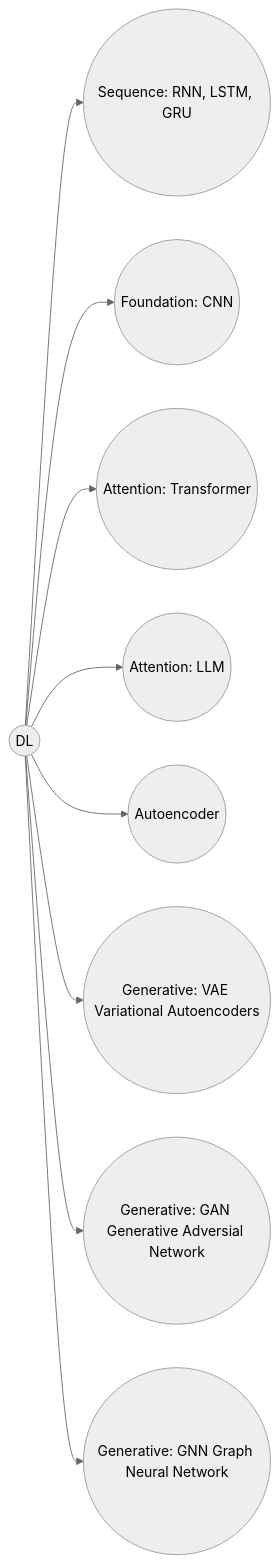
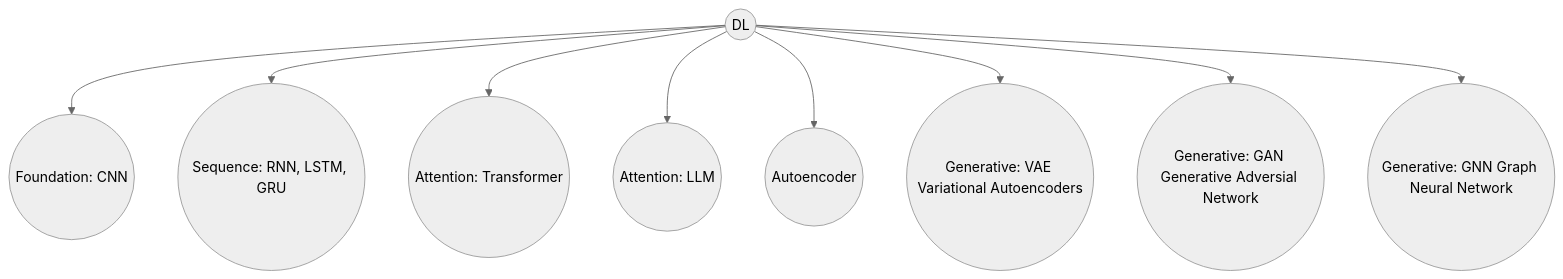
The first of 3 diagrams in version 2/DL/Readme.md (Arannamoy-Mondal/NLP-MLOPS), drawn with Mermaid (neutral theme) before and after one commit.

````diff
--- a/version 2/DL/Readme.md
+++ b/version 2/DL/Readme.md
@@ -1,11 +1,11 @@
 ```mermaid
-graph LR;
+graph TD;
+d((DL)) --> c((Foundation: CNN))
 d((DL)) --> r((Sequence: RNN, LSTM, GRU))
-d((DL)) --> c((Foundation: CNN))
 d((DL)) --> t((Attention: Transformer))
 d((DL)) --> l((Attention: LLM))
 d((DL)) --> a((Autoencoder))
 d((DL)) --> v1((Generative: VAE Variational Autoencoders))
 d((DL)) --> g1((Generative: GAN Generative Adversial Network))
 d((DL)) --> g2((Generative: GNN Graph Neural Network))
 ```
````
